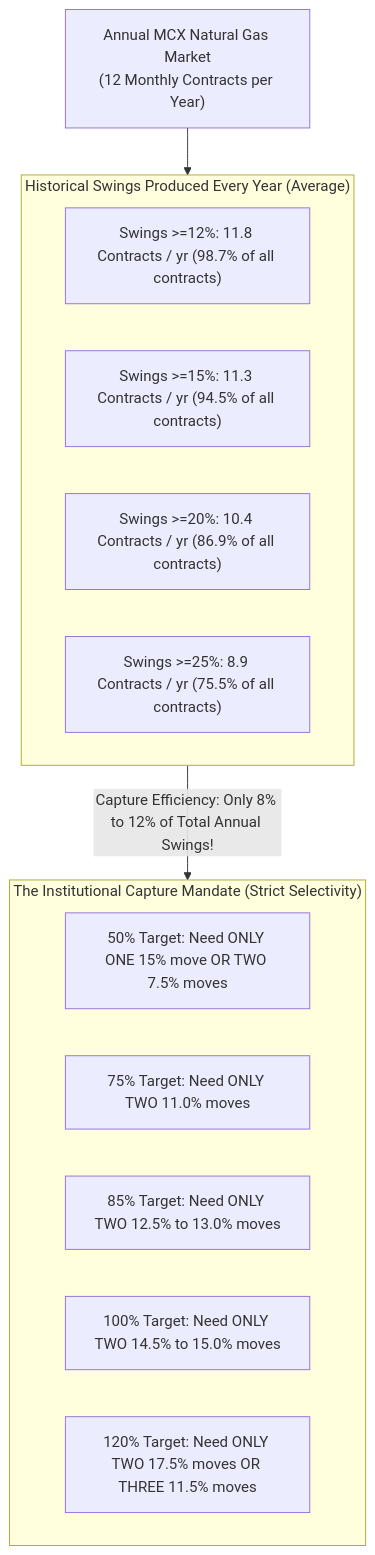
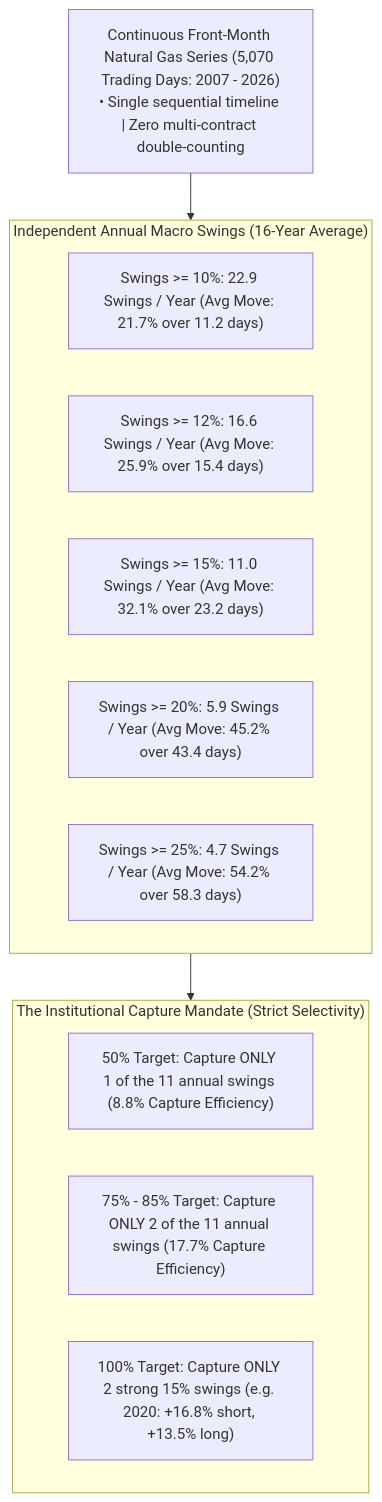
One commit to yieldchaser/mcx-margins changed diagram 11 of 14 in models/execution_and_tax_validation_plan.md. Above: the diagram before and after it, drawn with Mermaid. The commit also changed other lines of this file, not shown here.

Commit message:
docs: refine Section 7.7 with true continuous front-month swings and 4 buffer sizing regimes

````diff
--- a/models/execution_and_tax_validation_plan.md
+++ b/models/execution_and_tax_validation_plan.md
@@ -493,22 +500,21 @@
 ```mermaid
 flowchart TD
-    Market["Annual MCX Natural Gas Market<br/>(12 Monthly Contracts per Year)"]
+    Continuous["Continuous Front-Month Natural Gas Series (5,070 Trading Days: 2007 - 2026)<br/>• Single sequential timeline | Zero multi-contract double-counting"]
     
-    subgraph TotalSwings["Historical Swings Produced Every Year (Average)"]
-        S1["Swings >=12%: 11.8 Contracts / yr (98.7% of all contracts)"]
-        S2["Swings >=15%: 11.3 Contracts / yr (94.5% of all contracts)"]
-        S3["Swings >=20%: 10.4 Contracts / yr (86.9% of all contracts)"]
-        S4["Swings >=25%: 8.9 Contracts / yr (75.5% of all contracts)"]
+    subgraph RealSwings["Independent Annual Macro Swings (16-Year Average)"]
+        S1["Swings >= 10%: 22.9 Swings / Year (Avg Move: 21.7% over 11.2 days)"]
+        S2["Swings >= 12%: 16.6 Swings / Year (Avg Move: 25.9% over 15.4 days)"]
+        S3["Swings >= 15%: 11.0 Swings / Year (Avg Move: 32.1% over 23.2 days)"]
+        S4["Swings >= 20%: 5.9 Swings / Year (Avg Move: 45.2% over 43.4 days)"]
+        S5["Swings >= 25%: 4.7 Swings / Year (Avg Move: 54.2% over 58.3 days)"]
     end
     
-    subgraph DeskPicks["The Institutional Capture Mandate (Strict Selectivity)"]
-        C50["50% Target: Need ONLY ONE 15% move OR TWO 7.5% moves"]
-        C75["75% Target: Need ONLY TWO 11.0% moves"]
-        C85["85% Target: Need ONLY TWO 12.5% to 13.0% moves"]
-        C100["100% Target: Need ONLY TWO 14.5% to 15.0% moves"]
-        C120["120% Target: Need ONLY TWO 17.5% moves OR THREE 11.5% moves"]
+    subgraph Selection["The Institutional Capture Mandate (Strict Selectivity)"]
+        P1["50% Target: Capture ONLY 1 of the 11 annual swings (8.8% Capture Efficiency)"]
+        P2["75% - 85% Target: Capture ONLY 2 of the 11 annual swings (17.7% Capture Efficiency)"]
+        P3["100% Target: Capture ONLY 2 strong 15% swings (e.g. 2020: +16.8% short, +13.5% long)"]
     end
 
-    Market --> TotalSwings
-    TotalSwings -->|"Capture Efficiency: Only 8% to 12% of Total Annual Swings!"| DeskPicks
+    Continuous --> RealSwings
+    RealSwings --> Selection
 ```
````
